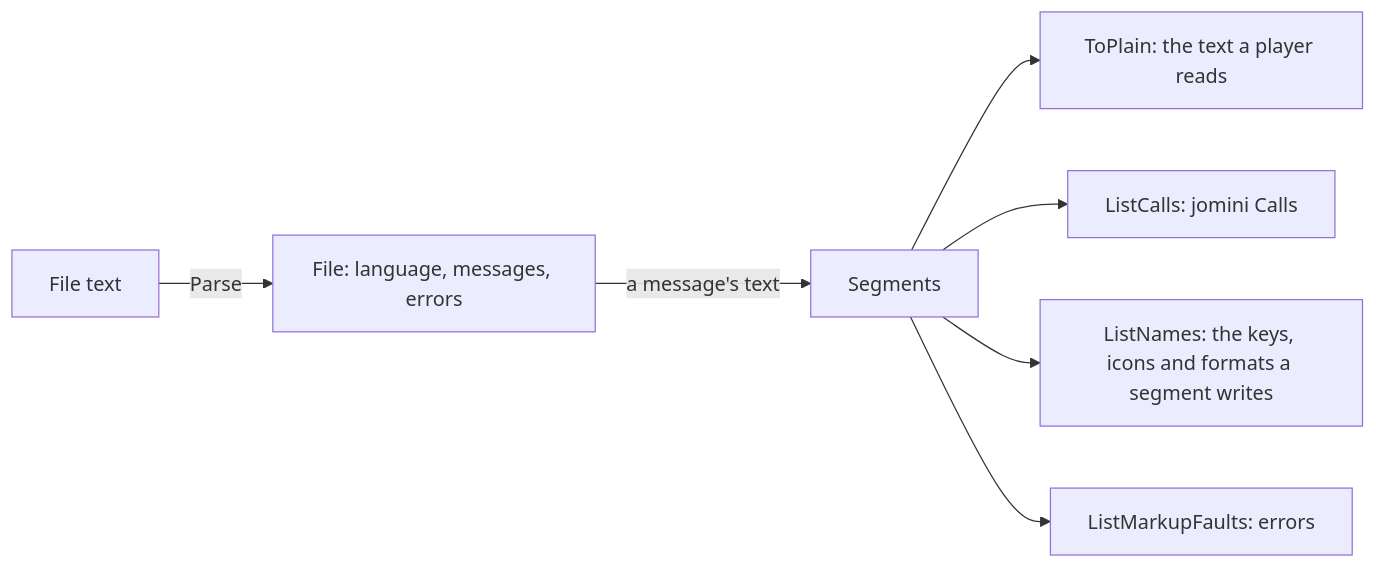
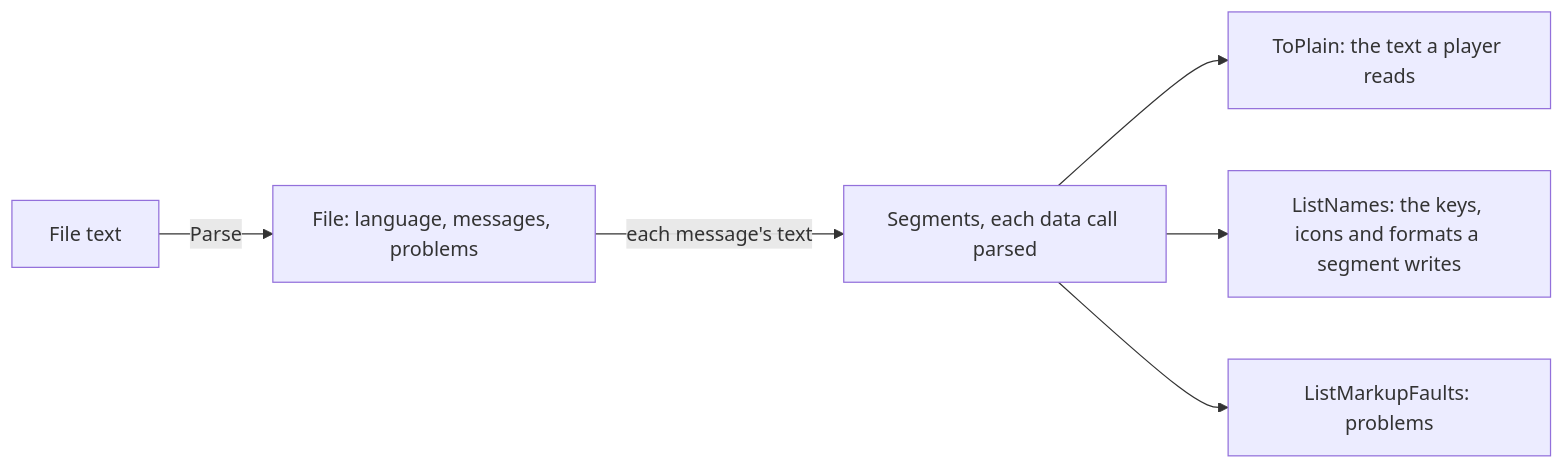
Before and after one commit to idodavis/paradox-modding-tools: the first of 2 diagrams in internal/loc/README.md, drawn with Mermaid. The commit also changed other lines of this file and 32 other files, not shown here.

Commit message:
First step of language pass has been finished. Moving as much of the language understand to the lowest layers as much as possible. So far Jomini package is now housing all the key shapes.

````diff
--- a/internal/loc/README.md
+++ b/internal/loc/README.md
@@ -16,9 +16,8 @@
 ```mermaid
 flowchart LR
-  text["File text"] -->|Parse| file["File: language, messages, errors"]
-  file -->|a message's text| segments["Segments"]
+  text["File text"] -->|Parse| file["File: language, messages, problems"]
+  file -->|each message's text| segments["Segments, each data call parsed"]
   segments --> plain["ToPlain: the text a player reads"]
-  segments --> calls["ListCalls: jomini Calls"]
   segments --> names["ListNames: the keys, icons and formats a segment writes"]
-  segments --> faults["ListMarkupFaults: errors"]
+  segments --> faults["ListMarkupFaults: problems"]
 ```
````
